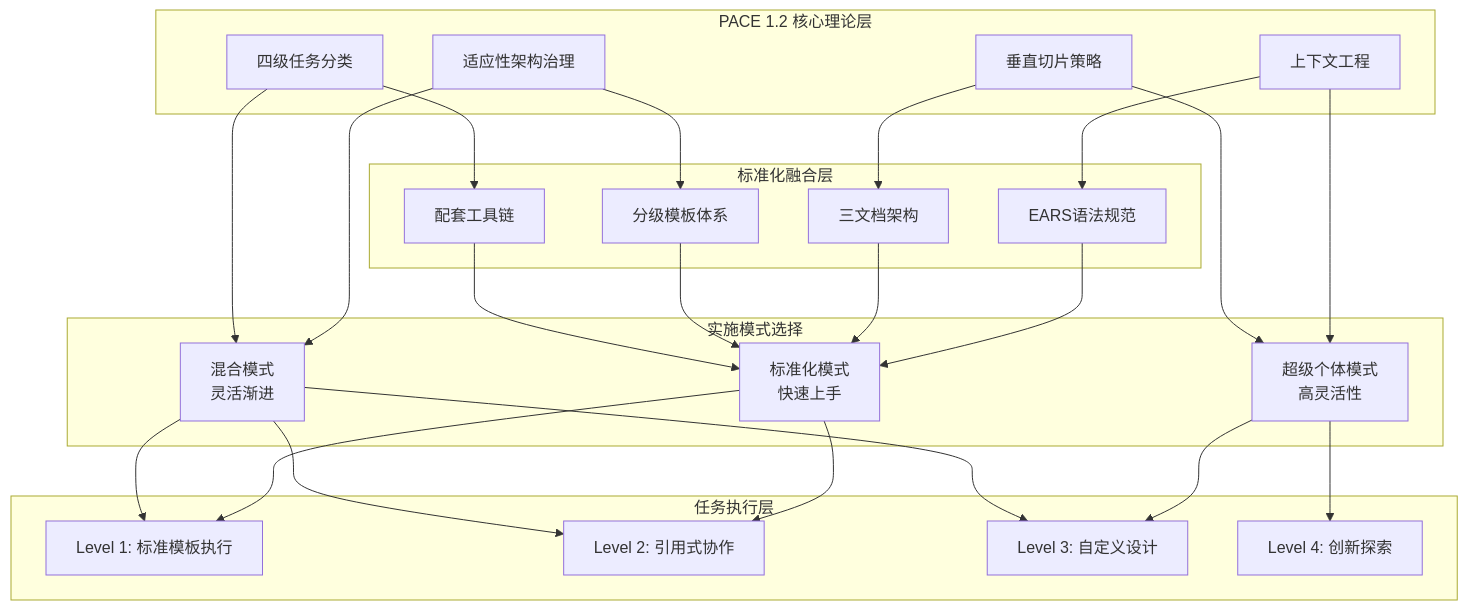
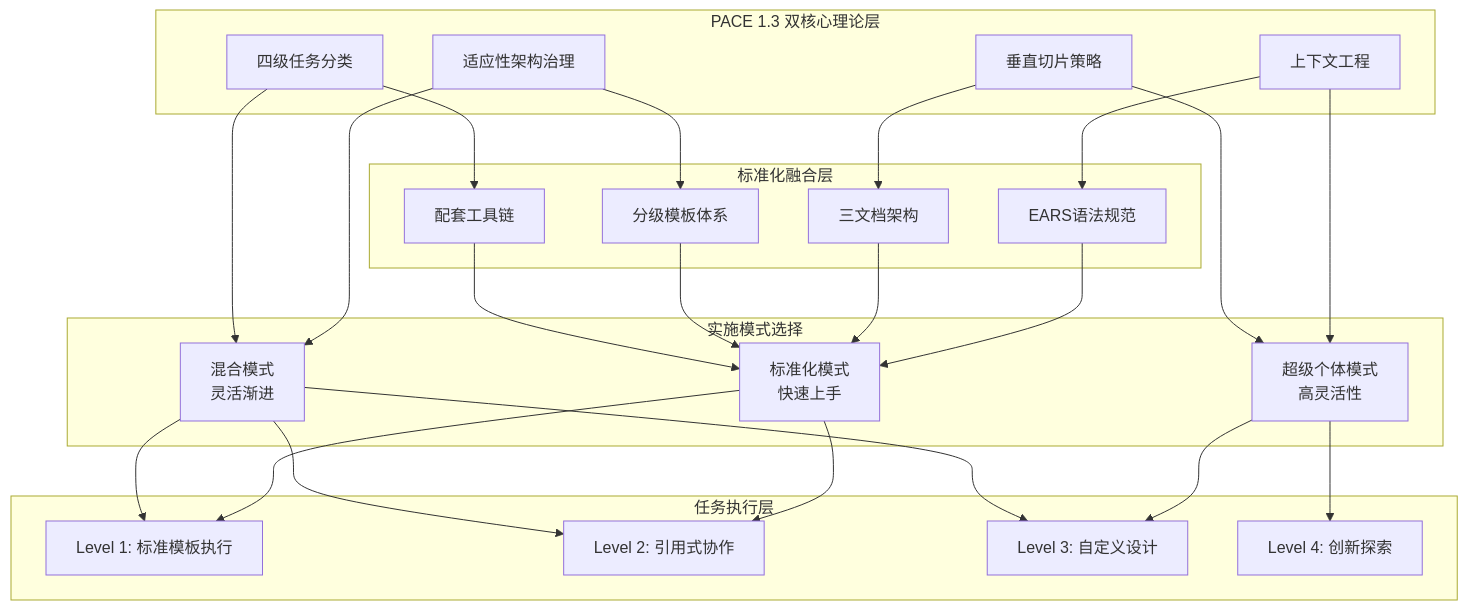
The second of 3 diagrams in docs/zh/methodology/pace-规范.md (pace-eng/pace), drawn with Mermaid before and after one commit. The commit also changed other lines of this file, not shown here.

````diff
--- a/docs/zh/methodology/pace-规范.md
+++ b/docs/zh/methodology/pace-规范.md
@@ -190,52 +251,52 @@
 ```mermaid
 graph TB
-    subgraph "PACE 1.2 核心理论层"
+    subgraph "PACE 1.3 双核心理论层"
         Core1[上下文工程]
         Core2[垂直切片策略]
         Core3[适应性架构治理]
         Core4[四级任务分类]
     end
 
     subgraph "标准化融合层"
         Std1[EARS语法规范]
         Std2[三文档架构]
         Std3[分级模板体系]
         Std4[配套工具链]
     end
 
     subgraph "实施模式选择"
         Mode1[超级个体模式<br/>高灵活性]
         Mode2[标准化模式<br/>快速上手]
         Mode3[混合模式<br/>灵活渐进]
     end
 
     subgraph "任务执行层"
         Exec1[Level 1: 标准模板执行]
         Exec2[Level 2: 引用式协作]
         Exec3[Level 3: 自定义设计]
         Exec4[Level 4: 创新探索]
     end
 
     Core1 --> Std1
     Core2 --> Std2
     Core3 --> Std3
     Core4 --> Std4
     
     Std1 --> Mode2
     Std2 --> Mode2
     Std3 --> Mode2
     Std4 --> Mode2
     
     Core1 --> Mode1
     Core2 --> Mode1
     Core3 --> Mode3
     Core4 --> Mode3
     
     Mode1 --> Exec3
     Mode1 --> Exec4
     Mode2 --> Exec1
     Mode2 --> Exec2
     Mode3 --> Exec1
     Mode3 --> Exec2
     Mode3 --> Exec3
 ```
````
